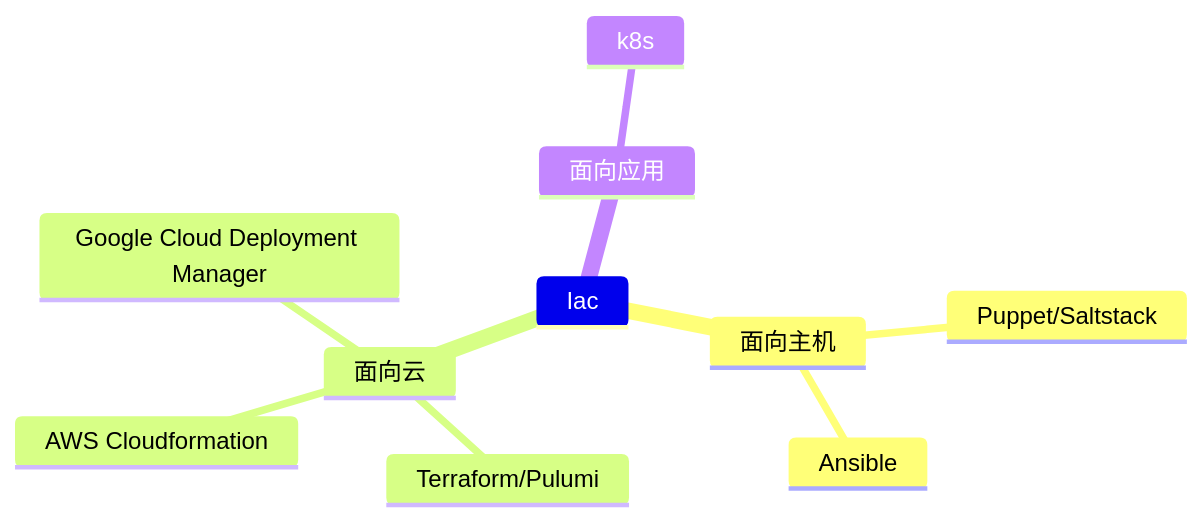
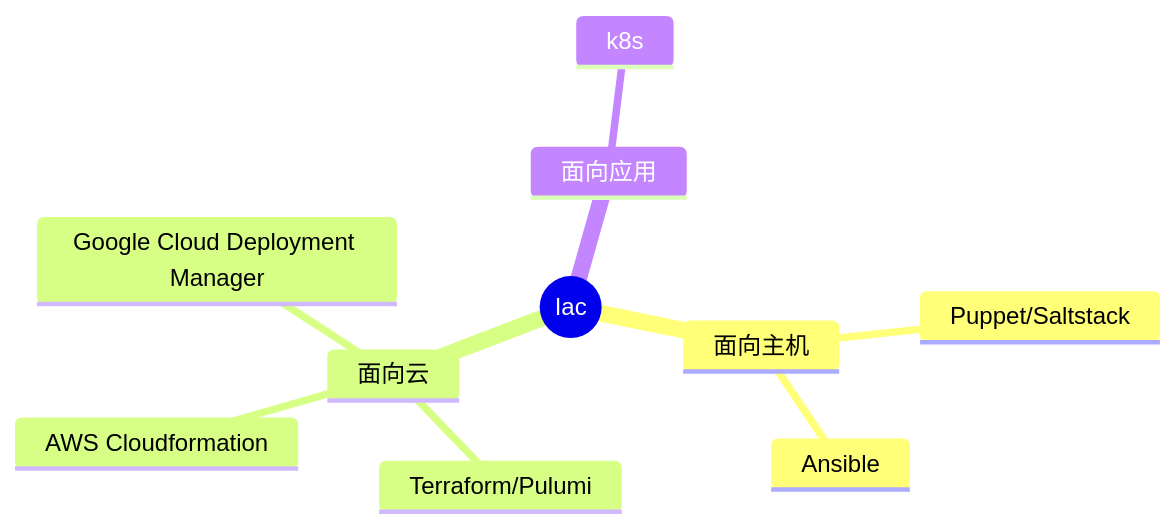
Before and after one commit to 0xcaffebabe/note: the diagram in doc/软件工程/架构/系统设计/云原生.md, drawn with Mermaid. The commit also changed 12 other files, not shown here.

First line of the commit message:
docs(mindmap): 统一思维导图根节点格式

````diff
--- a/doc/软件工程/架构/系统设计/云原生.md
+++ b/doc/软件工程/架构/系统设计/云原生.md
@@ -71,13 +71,13 @@
 ```mermaid
 mindmap
-  Iac
+  root((Iac))
     面向主机
       Puppet/Saltstack
       Ansible
     面向云
       Terraform/Pulumi
       AWS Cloudformation
       Google Cloud Deployment Manager
     面向应用
       k8s
 ```
````
